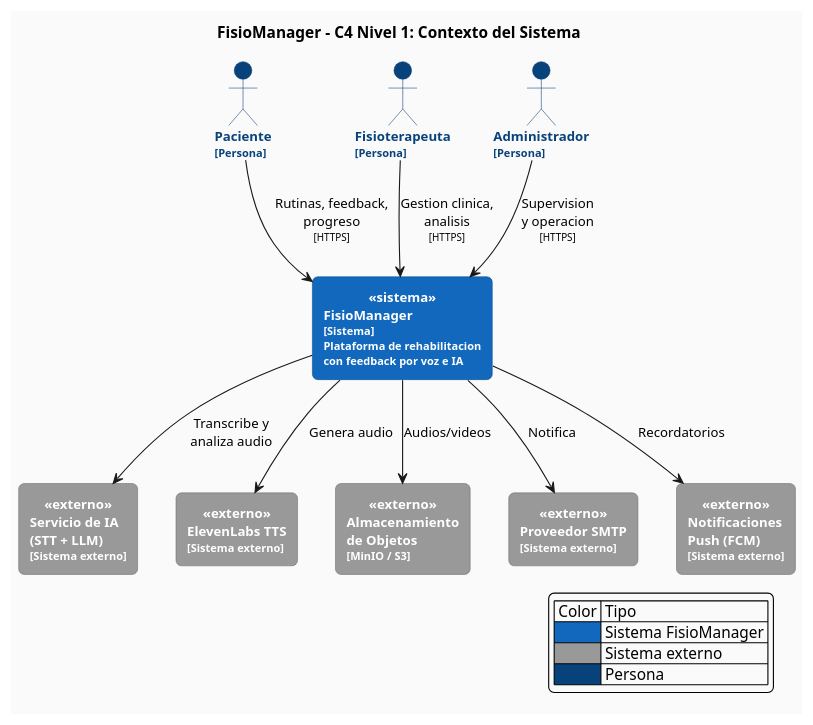
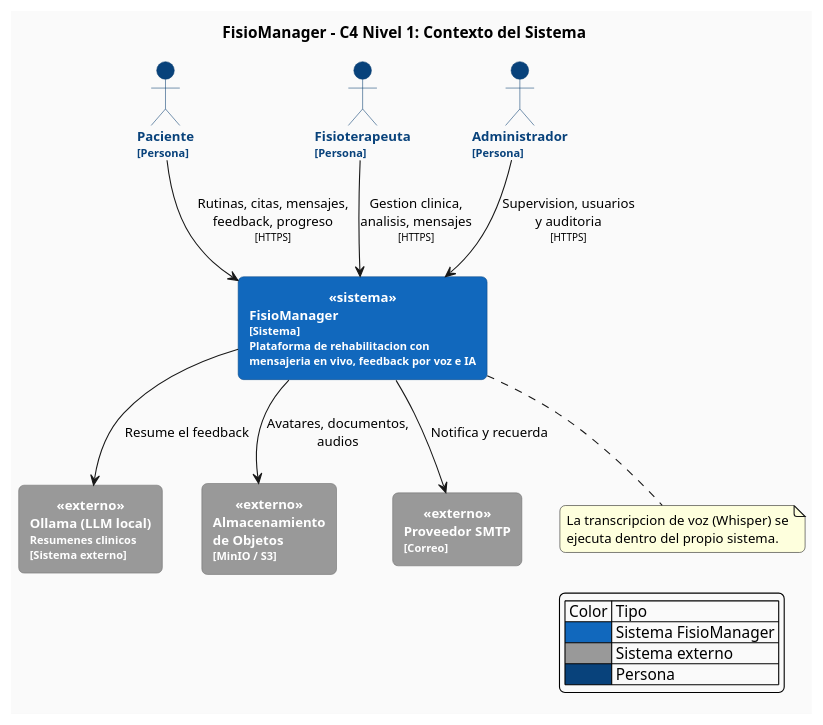
One commit to xiomj29/FisioManager-doc changed the diagram in proyFisioManager/ModAnalisis/puml/02_c4_nivel1_contexto.puml. Above: the diagram before and after it, drawn with PlantUML. The commit also changed 34 other files, not shown here.

```diff
--- a/proyFisioManager/ModAnalisis/puml/02_c4_nivel1_contexto.puml
+++ b/proyFisioManager/ModAnalisis/puml/02_c4_nivel1_contexto.puml
@@ -1,59 +1,60 @@
 @startuml FisioManager_C4_Contexto
 
 
 
 skinparam backgroundColor #FAFAFA
 skinparam defaultFontName Arial
 skinparam defaultFontSize 12
 skinparam shadowing false
 skinparam roundCorner 10
 
 skinparam actor {
     BackgroundColor #08427B
     BorderColor #073B6F
 }
 skinparam ActorFontColor #08427B
 skinparam ActorFontStyle bold
 
 skinparam rectangle {
     BackgroundColor<<sistema>> #1168BD
     BorderColor<<sistema>> #0B4884
     FontColor<<sistema>> white
     BackgroundColor<<externo>> #999999
     BorderColor<<externo>> #6B6B6B
     FontColor<<externo>> white
     FontStyle bold
 }
 
 title <b>FisioManager - C4 Nivel 1: Contexto del Sistema</b>
 
 actor "Paciente\n<size:10>[Persona]</size>" as paciente
 actor "Fisioterapeuta\n<size:10>[Persona]</size>" as terapeuta
 actor "Administrador\n<size:10>[Persona]</size>" as admin
 
-rectangle "**FisioManager**\n<size:10>[Sistema]</size>\n<size:10>Plataforma de rehabilitacion</size>\n<size:10>con feedback por voz e IA</size>" as fisio <<sistema>>
+rectangle "**FisioManager**\n<size:10>[Sistema]</size>\n<size:10>Plataforma de rehabilitacion con</size>\n<size:10>mensajeria en vivo, feedback por voz e IA</size>" as fisio <<sistema>>
 
-rectangle "Servicio de IA\n(STT + LLM)\n<size:10>[Sistema externo]</size>" as ia <<externo>>
-rectangle "ElevenLabs TTS\n<size:10>[Sistema externo]</size>" as tts <<externo>>
+rectangle "Ollama (LLM local)\n<size:10>Resumenes clinicos</size>\n<size:10>[Sistema externo]</size>" as llm <<externo>>
 rectangle "Almacenamiento\nde Objetos\n<size:10>[MinIO / S3]</size>" as storage <<externo>>
-rectangle "Proveedor SMTP\n<size:10>[Sistema externo]</size>" as email <<externo>>
-rectangle "Notificaciones\nPush (FCM)\n<size:10>[Sistema externo]</size>" as push <<externo>>
+rectangle "Proveedor SMTP\n<size:10>[Correo]</size>" as email <<externo>>
 
-paciente --> fisio : Rutinas, feedback,\nprogreso\n<size:9>[HTTPS]</size>
-terapeuta --> fisio : Gestion clinica,\nanalisis\n<size:9>[HTTPS]</size>
-admin --> fisio : Supervision\ny operacion\n<size:9>[HTTPS]</size>
+paciente --> fisio : Rutinas, citas, mensajes,\nfeedback, progreso\n<size:9>[HTTPS]</size>
+terapeuta --> fisio : Gestion clinica,\nanalisis, mensajes\n<size:9>[HTTPS]</size>
+admin --> fisio : Supervision, usuarios\ny auditoria\n<size:9>[HTTPS]</size>
 
-fisio --> ia : Transcribe y\nanaliza audio
-fisio --> tts : Genera audio
-fisio --> storage : Audios/videos
-fisio --> email : Notifica
-fisio --> push : Recordatorios
+fisio --> llm : Resume el feedback
+fisio --> storage : Avatares, documentos,\naudios
+fisio --> email : Notifica y recuerda
+
+note bottom of fisio
+  La transcripcion de voz (Whisper) se
+  ejecuta dentro del propio sistema.
+end note
 
 legend right
     | Color | Tipo |
     |<#1168BD>| Sistema FisioManager |
     |<#999999>| Sistema externo |
     |<#08427B>| Persona |
 endlegend
 
 @enduml
```
